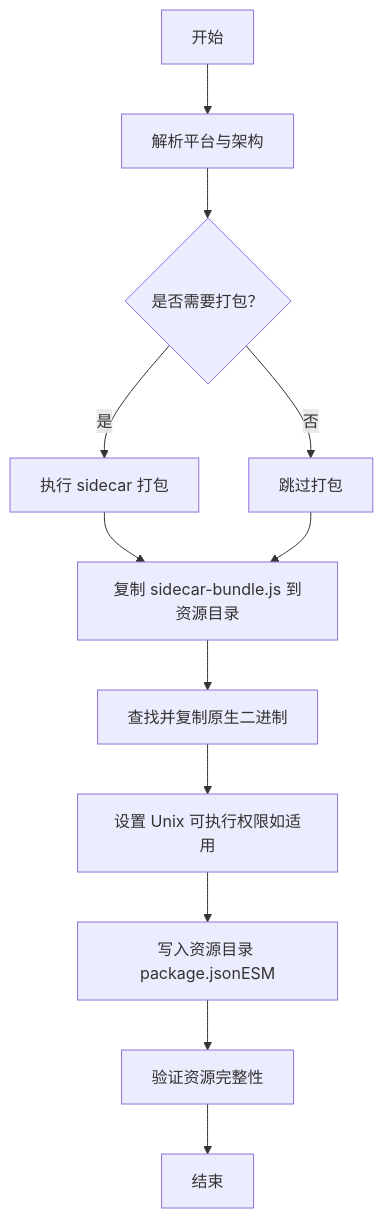
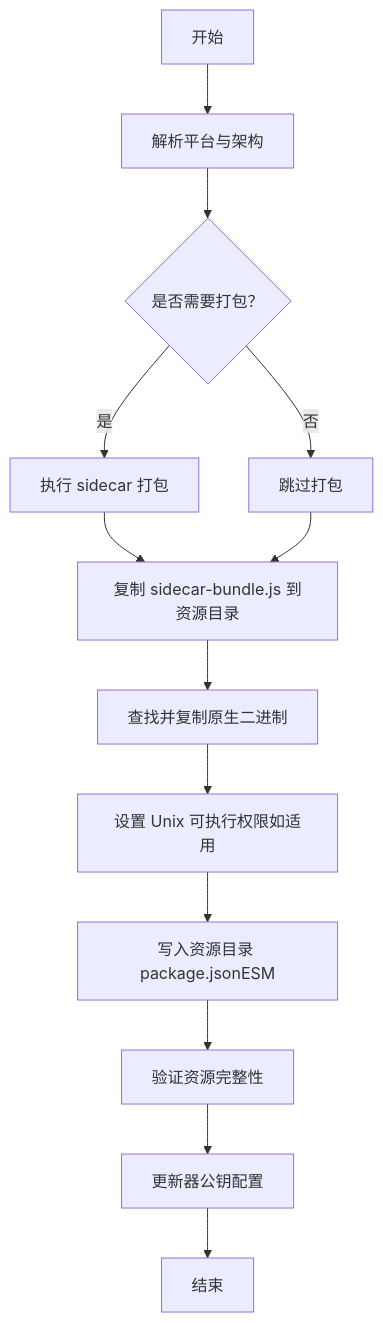
Before and after one commit to RabbitAI-Lab/RabbitCoding: the fourth of 7 diagrams in .qoder/repowiki/zh/content/部署和发布/发布流程.md, drawn with Mermaid. The commit also changed other lines of this file and 32 other files, not shown here.

````diff
--- a/.qoder/repowiki/zh/content/部署和发布/发布流程.md
+++ b/.qoder/repowiki/zh/content/部署和发布/发布流程.md
@@ -160,14 +188,15 @@
 ```mermaid
 flowchart TD
 A["开始"] --> B["解析平台与架构"]
 B --> C{"是否需要打包？"}
 C --> |是| D["执行 sidecar 打包"]
 C --> |否| E["跳过打包"]
 D --> F["复制 sidecar-bundle.js 到资源目录"]
 E --> F
 F --> G["查找并复制原生二进制"]
 G --> H["设置 Unix 可执行权限如适用"]
 H --> I["写入资源目录 package.jsonESM"]
 I --> J["验证资源完整性"]
-J --> K["结束"]
+J --> K["更新器公钥配置"]
+K --> L["结束"]
 ```
````
